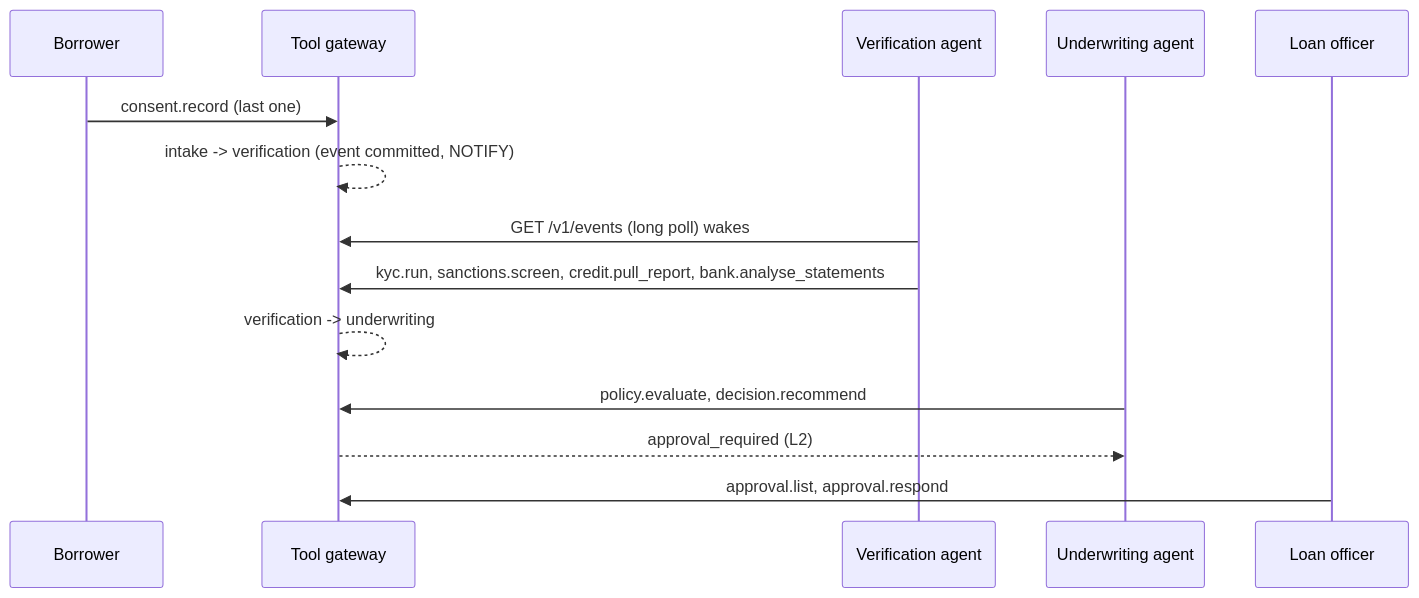
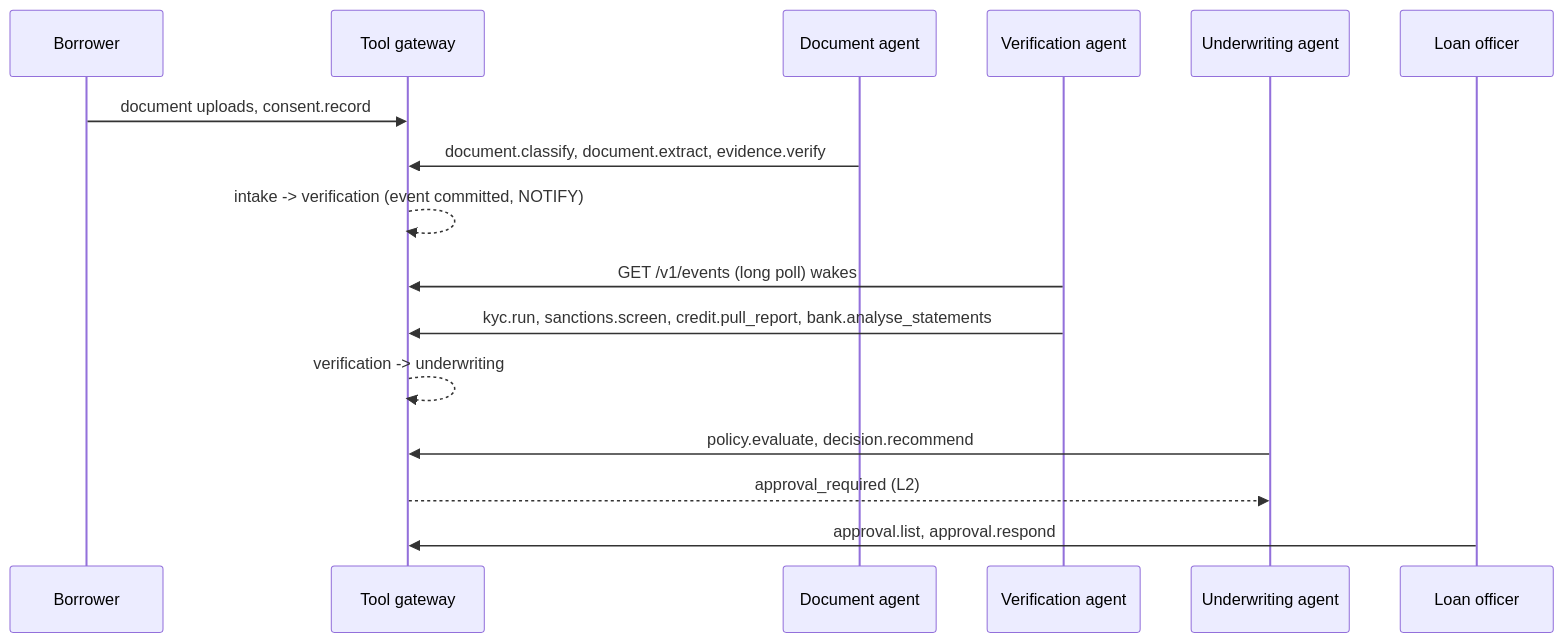
One commit to TamarindTech/TamarindLOS changed the diagram in services/agents/README.md. Above: the diagram before and after it, drawn with Mermaid. The commit also changed other lines of this file and 28 other files, not shown here.

First line of the commit message:
feat: document pipeline — uploads, classification, extraction and evidence checks

````diff
--- a/services/agents/README.md
+++ b/services/agents/README.md
@@ -18,16 +19,18 @@
 ```mermaid
 sequenceDiagram
     participant B as Borrower
     participant G as Tool gateway
+    participant D as Document agent
     participant V as Verification agent
     participant U as Underwriting agent
     participant O as Loan officer
-    B->>G: consent.record (last one)
+    B->>G: document uploads, consent.record
+    D->>G: document.classify, document.extract, evidence.verify
     G-->>G: intake -> verification (event committed, NOTIFY)
     V->>G: GET /v1/events (long poll) wakes
     V->>G: kyc.run, sanctions.screen, credit.pull_report, bank.analyse_statements
     G-->>G: verification -> underwriting
     U->>G: policy.evaluate, decision.recommend
     G-->>U: approval_required (L2)
     O->>G: approval.list, approval.respond
 ```
````
